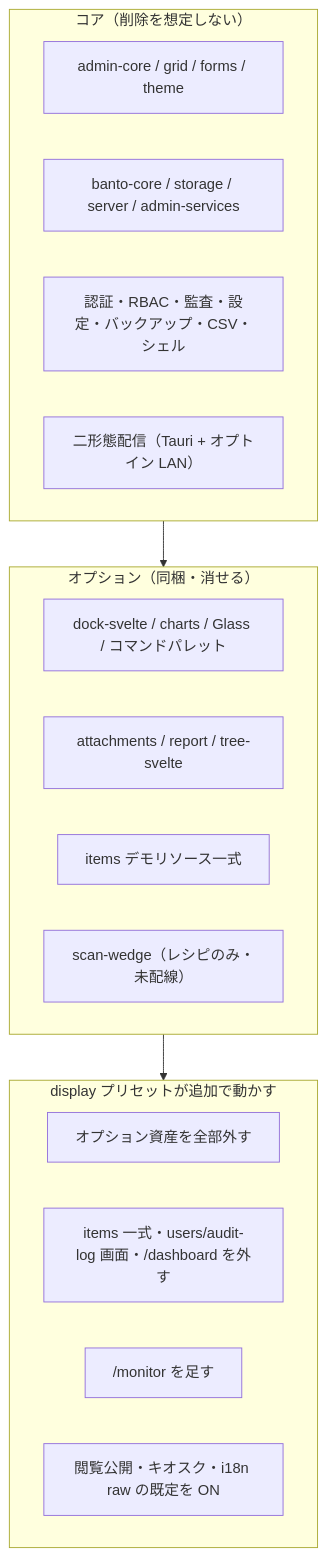
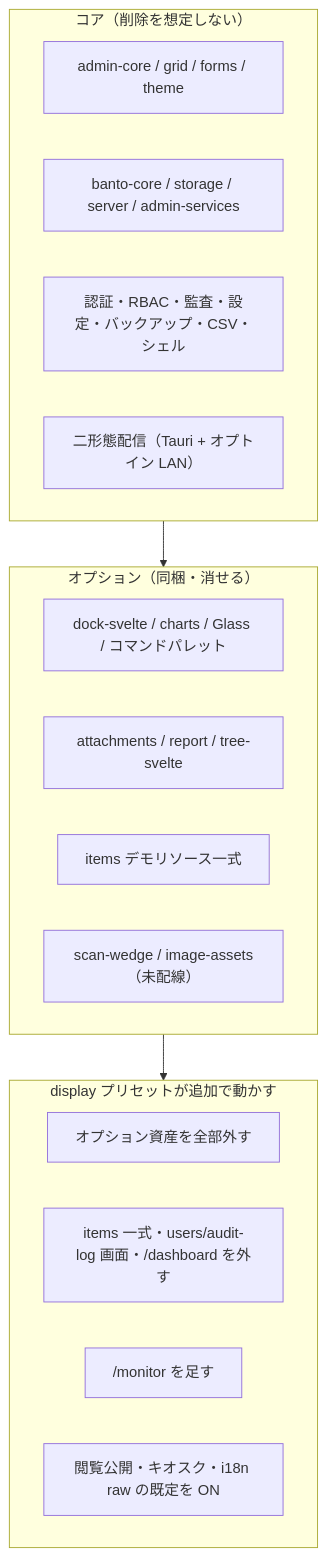
The fourth of 7 diagrams in docs/architecture-overview.md (tyaro/banto), drawn with Mermaid before and after one commit. The commit also changed other lines of this file and 5 other files, not shown here.

Commit message:
docs: image-assets を template-scope §3・削除手順・README・構成図・計画書・CHANGELOG に記録する（#438）

````diff
--- a/docs/architecture-overview.md
+++ b/docs/architecture-overview.md
@@ -164,26 +164,26 @@
 ```mermaid
 flowchart TB
   subgraph core["コア（削除を想定しない）"]
     C1["admin-core / grid / forms / theme"]
     C2["banto-core / storage / server / admin-services"]
     C3["認証・RBAC・監査・設定・バックアップ・CSV・シェル"]
     C4["二形態配信（Tauri + オプトイン LAN）"]
   end
 
   subgraph opt["オプション（同梱・消せる）"]
     O1["dock-svelte / charts / Glass / コマンドパレット"]
     O2["attachments / report / tree-svelte"]
     O3["items デモリソース一式"]
-    O4["scan-wedge（レシピのみ・未配線）"]
+    O4["scan-wedge / image-assets（未配線）"]
   end
 
   subgraph display["display プリセットが追加で動かす"]
     D1["オプション資産を全部外す"]
     D2["items 一式・users/audit-log 画面・/dashboard を外す"]
     D3["/monitor を足す"]
     D4["閲覧公開・キオスク・i18n raw の既定を ON"]
   end
 
   core --> opt
   opt --> display
 ```
````
